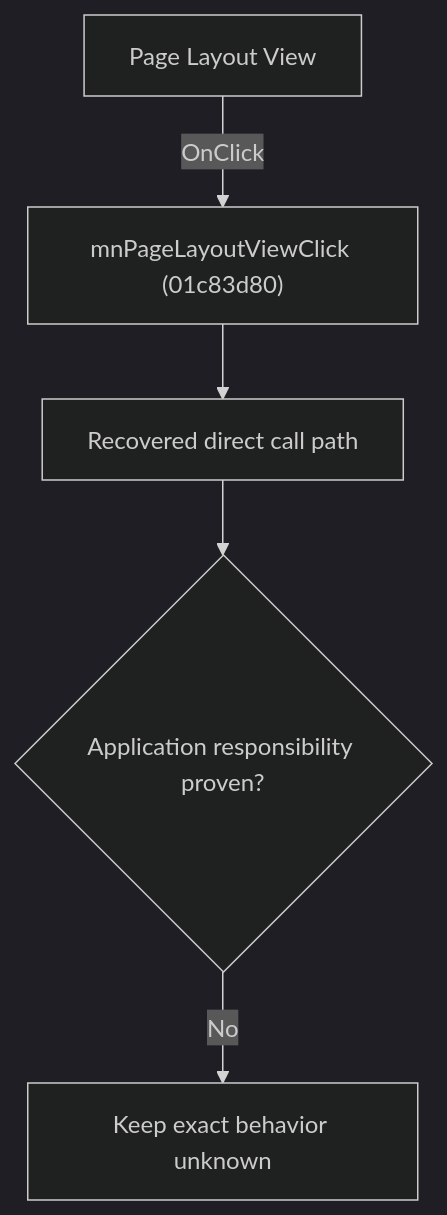
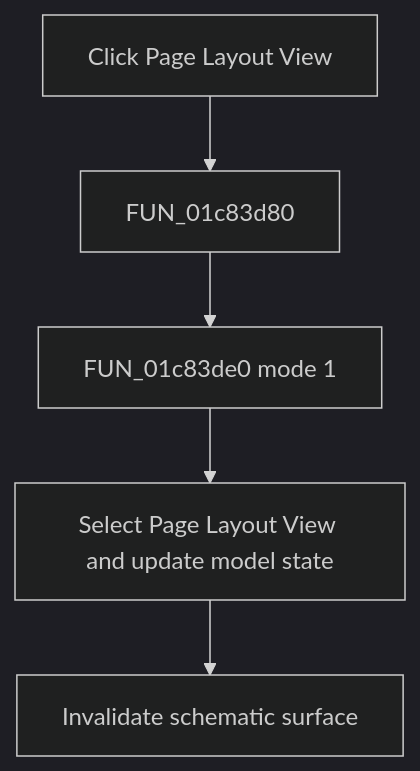
One commit to MovGP0/TIARA changed the diagram in docs/ui-controls/schematiceditor/mnpagelayoutview-b2a2a8989a.md. Above: the diagram before and after it, drawn with Mermaid (dark theme). The commit also changed other lines of this file and 241 other files, not shown here.

````diff
--- a/docs/ui-controls/schematiceditor/mnpagelayoutview-b2a2a8989a.md
+++ b/docs/ui-controls/schematiceditor/mnpagelayoutview-b2a2a8989a.md
@@ -27,7 +27,7 @@
 ```mermaid
 flowchart TD
-    control["Page Layout View"] -->|"OnClick"| handler["mnPageLayoutViewClick (01c83d80)"]
-    handler --> recovered["Recovered direct call path"]
-    recovered --> gap{"Application responsibility proven?"}
-    gap -->|"No"| blocked["Keep exact behavior unknown"]
+    control["Click Page Layout View"] --> handler["FUN_01c83d80"]
+    handler --> mode["FUN_01c83de0 mode 1"]
+    mode --> state["Select Page Layout View and update model state"]
+    state --> repaint["Invalidate schematic surface"]
 ```
````
